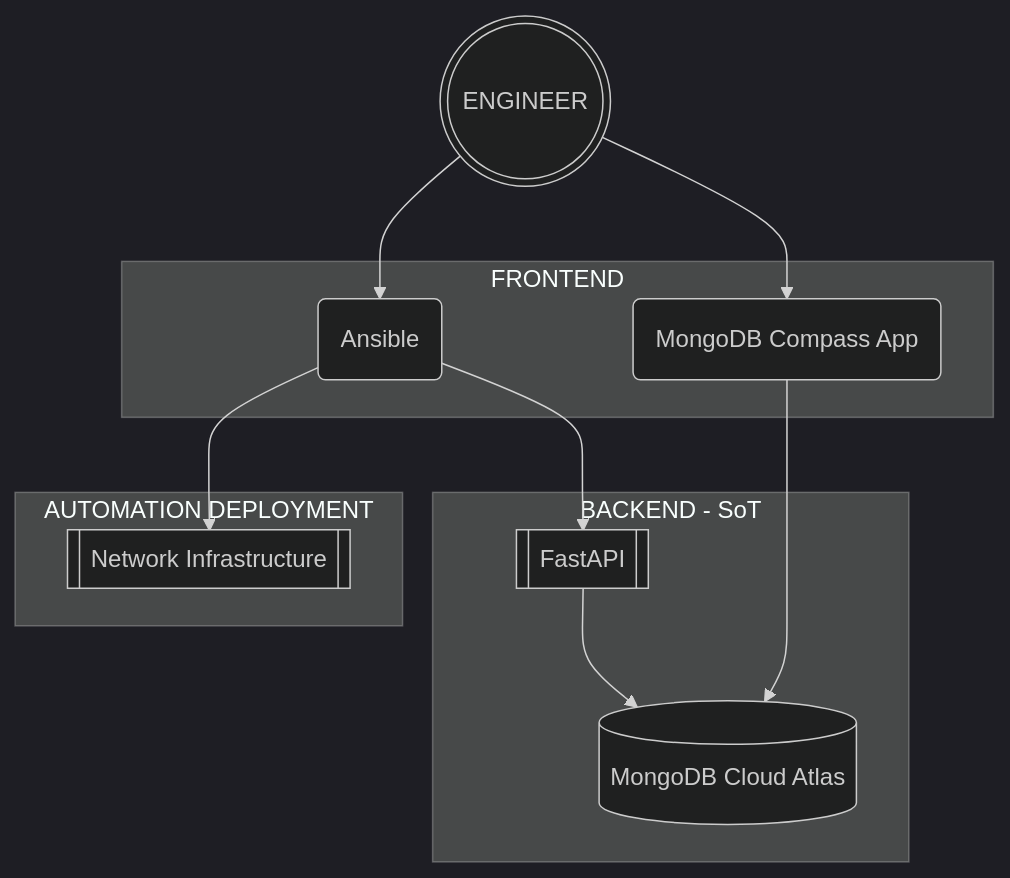
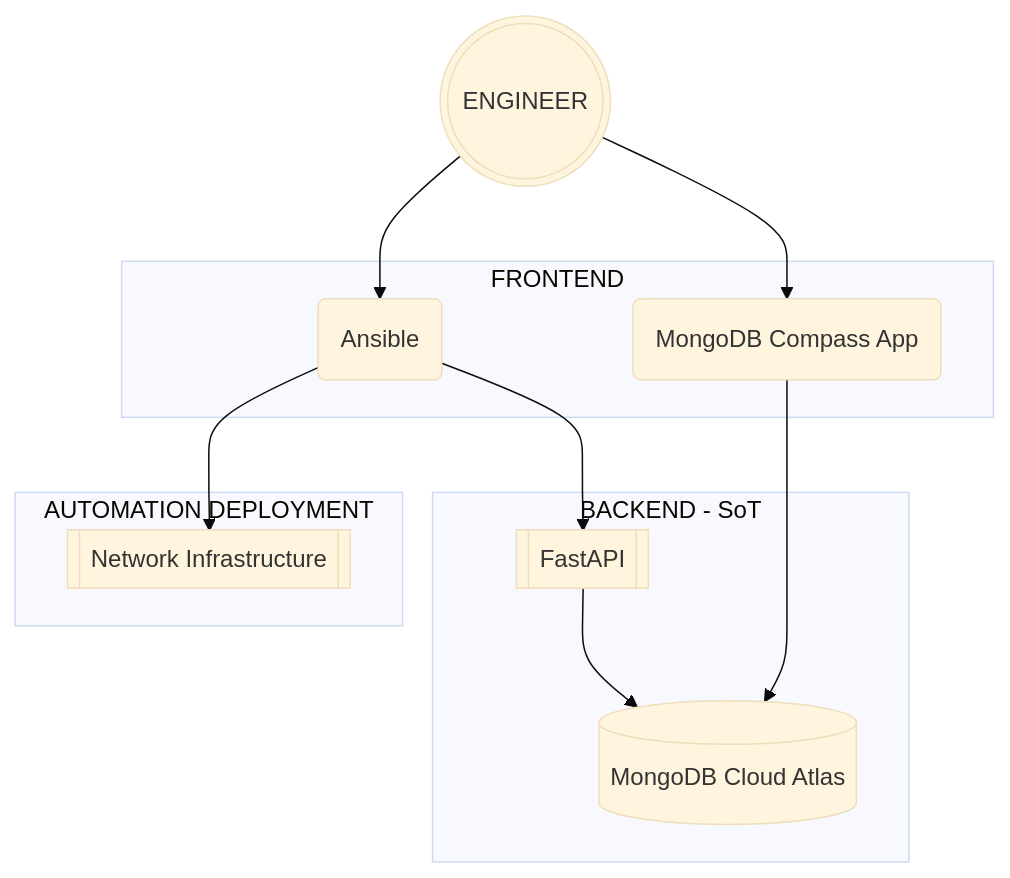
One commit to jnaranjom/iac_network_deployment changed the diagram in diagrams/automation_framework.md. Above: the diagram before and after it, drawn with Mermaid.

````diff
--- a/diagrams/automation_framework.md
+++ b/diagrams/automation_framework.md
@@ -3,24 +3,24 @@
 ```mermaid
-%%{init: {'theme':'dark'}}%%
+%%{init: {'theme':'base'}}%%
 
 flowchart TB
     A[(MongoDB Cloud Atlas)]
     B[[FastAPI]]
     C(MongoDB Compass App)
     D(Ansible)
     E[[Network Infrastructure]]
     F(((ENGINEER)))
     subgraph BACKEND - SoT
         B --> A
     end
     subgraph FRONTEND
         C --> A
         D --> B
     end
     F --> C
     F --> D
     subgraph AUTOMATION DEPLOYMENT
         D --> E
     end
 
 ```
````
